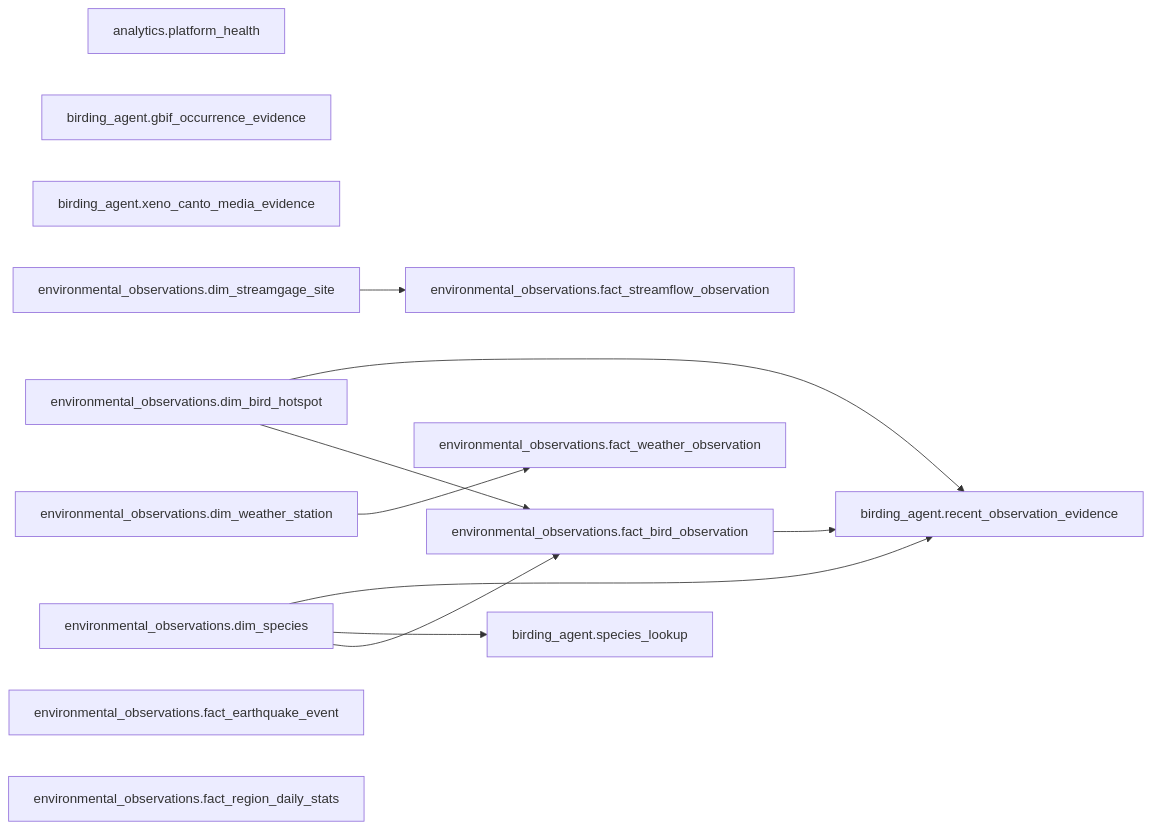
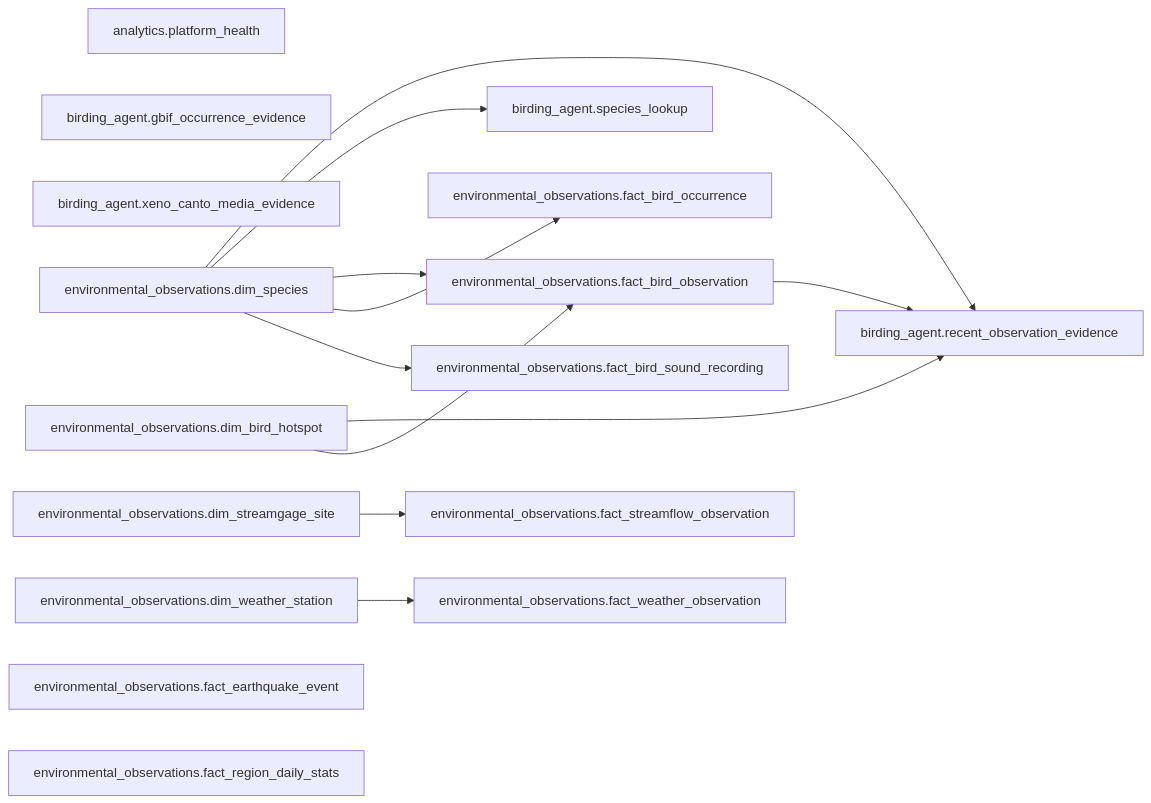
Before and after one commit to Doctacon/databox: the diagram in docs/dictionary/lineage.md, drawn with Mermaid. The commit also changed 27 other files, not shown here.

````diff
--- a/docs/dictionary/lineage.md
+++ b/docs/dictionary/lineage.md
@@ -5,40 +5,46 @@
 ```mermaid
 graph LR
     n0["analytics.platform_health"]
     n1["birding_agent.gbif_occurrence_evidence"]
     n2["birding_agent.recent_observation_evidence"]
     n3["birding_agent.species_lookup"]
     n4["birding_agent.xeno_canto_media_evidence"]
     n5["environmental_observations.dim_bird_hotspot"]
     n6["environmental_observations.dim_species"]
     n7["environmental_observations.dim_streamgage_site"]
     n8["environmental_observations.dim_weather_station"]
     n9["environmental_observations.fact_bird_observation"]
-    n10["environmental_observations.fact_earthquake_event"]
-    n11["environmental_observations.fact_region_daily_stats"]
-    n12["environmental_observations.fact_streamflow_observation"]
-    n13["environmental_observations.fact_weather_observation"]
+    n10["environmental_observations.fact_bird_occurrence"]
+    n11["environmental_observations.fact_bird_sound_recording"]
+    n12["environmental_observations.fact_earthquake_event"]
+    n13["environmental_observations.fact_region_daily_stats"]
+    n14["environmental_observations.fact_streamflow_observation"]
+    n15["environmental_observations.fact_weather_observation"]
     n5 --> n2
     n6 --> n2
     n9 --> n2
     n6 --> n3
     n5 --> n9
     n6 --> n9
-    n7 --> n12
-    n8 --> n13
+    n6 --> n10
+    n6 --> n11
+    n7 --> n14
+    n8 --> n15
 
     click n0 "analytics/platform_health.md"
     click n1 "birding_agent/gbif_occurrence_evidence.md"
     click n2 "birding_agent/recent_observation_evidence.md"
     click n3 "birding_agent/species_lookup.md"
     click n4 "birding_agent/xeno_canto_media_evidence.md"
     click n5 "environmental_observations/dim_bird_hotspot.md"
     click n6 "environmental_observations/dim_species.md"
     click n7 "environmental_observations/dim_streamgage_site.md"
     click n8 "environmental_observations/dim_weather_station.md"
     click n9 "environmental_observations/fact_bird_observation.md"
-    click n10 "environmental_observations/fact_earthquake_event.md"
-    click n11 "environmental_observations/fact_region_daily_stats.md"
-    click n12 "environmental_observations/fact_streamflow_observation.md"
-    click n13 "environmental_observations/fact_weather_observation.md"
+    click n10 "environmental_observations/fact_bird_occurrence.md"
+    click n11 "environmental_observations/fact_bird_sound_recording.md"
+    click n12 "environmental_observations/fact_earthquake_event.md"
+    click n13 "environmental_observations/fact_region_daily_stats.md"
+    click n14 "environmental_observations/fact_streamflow_observation.md"
+    click n15 "environmental_observations/fact_weather_observation.md"
 ```
````
